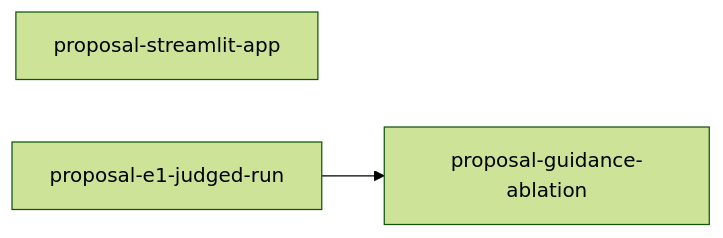
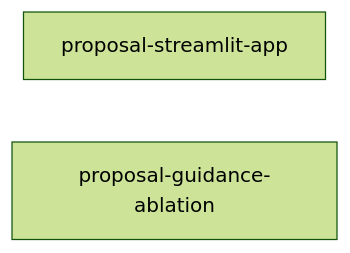
Before and after one commit to joe-dartmouth/synthetic: the diagram in tasks/proposal-index.md, drawn with Mermaid (forest theme). The commit also changed other lines of this file and 4 other files, not shown here.

First line of the commit message:
Record E1's judged run (proposal-e1-judged-run) (#20)

````diff
--- a/tasks/proposal-index.md
+++ b/tasks/proposal-index.md
@@ -17,5 +16,5 @@
 ```mermaid
 flowchart LR
     streamlit_app[proposal-streamlit-app]
-    e1_judged_run[proposal-e1-judged-run] --> guidance_ablation[proposal-guidance-ablation]
+    guidance_ablation[proposal-guidance-ablation]
 ```
````
